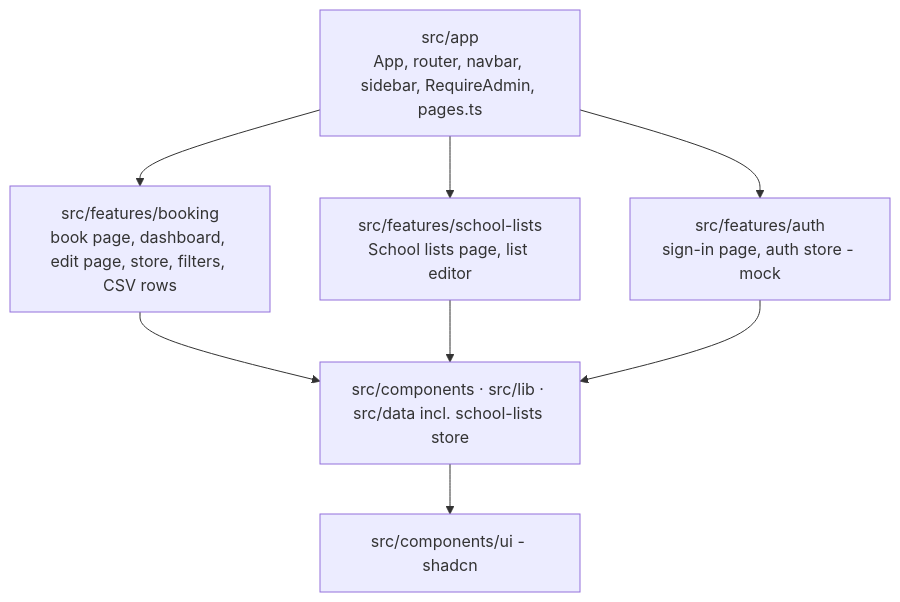
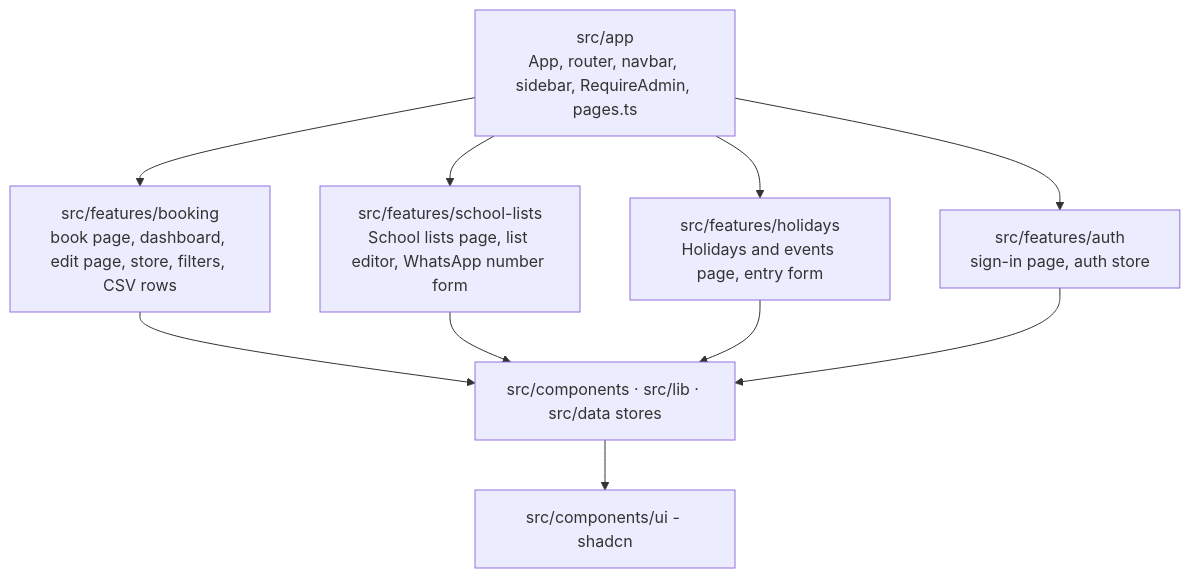
The fourth of 5 diagrams in docs/architecture.md (ictmitspi/mitspi-sys), drawn with Mermaid before and after one commit. The commit also changed other lines of this file and 2 other files, not shown here.

````diff
--- a/docs/architecture.md
+++ b/docs/architecture.md
@@ -218,11 +198,13 @@
 ```mermaid
 flowchart TD
   App[src/app<br/>App, router, navbar, sidebar, RequireAdmin, pages.ts]
   App --> FB[src/features/booking<br/>book page, dashboard, edit page, store, filters, CSV rows]
-  App --> FL[src/features/school-lists<br/>School lists page, list editor]
-  App --> FA[src/features/auth<br/>sign-in page, auth store - mock]
-  FB --> Shared[src/components · src/lib · src/data incl. school-lists store]
+  App --> FL[src/features/school-lists<br/>School lists page, list editor, WhatsApp number form]
+  App --> FH[src/features/holidays<br/>Holidays and events page, entry form]
+  App --> FA[src/features/auth<br/>sign-in page, auth store]
+  FB --> Shared[src/components · src/lib · src/data stores]
   FL --> Shared
+  FH --> Shared
   FA --> Shared
   Shared --> UI[src/components/ui - shadcn]
 ```
````
